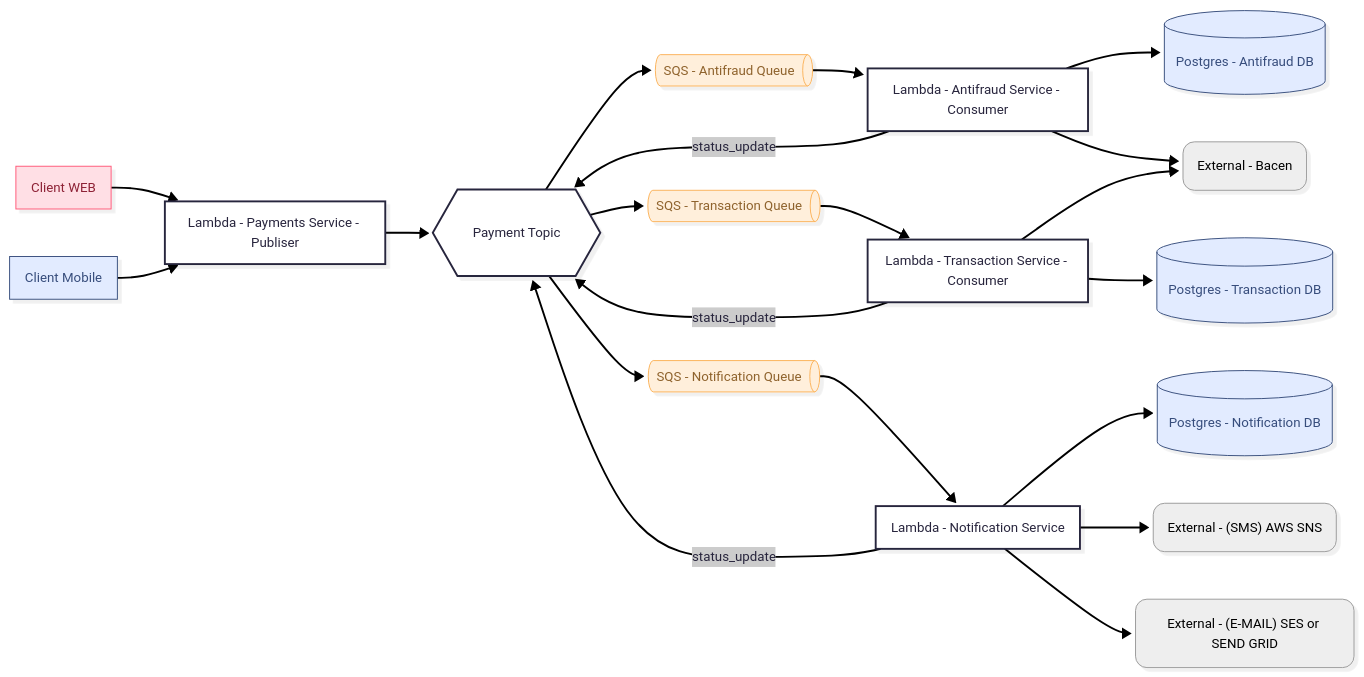
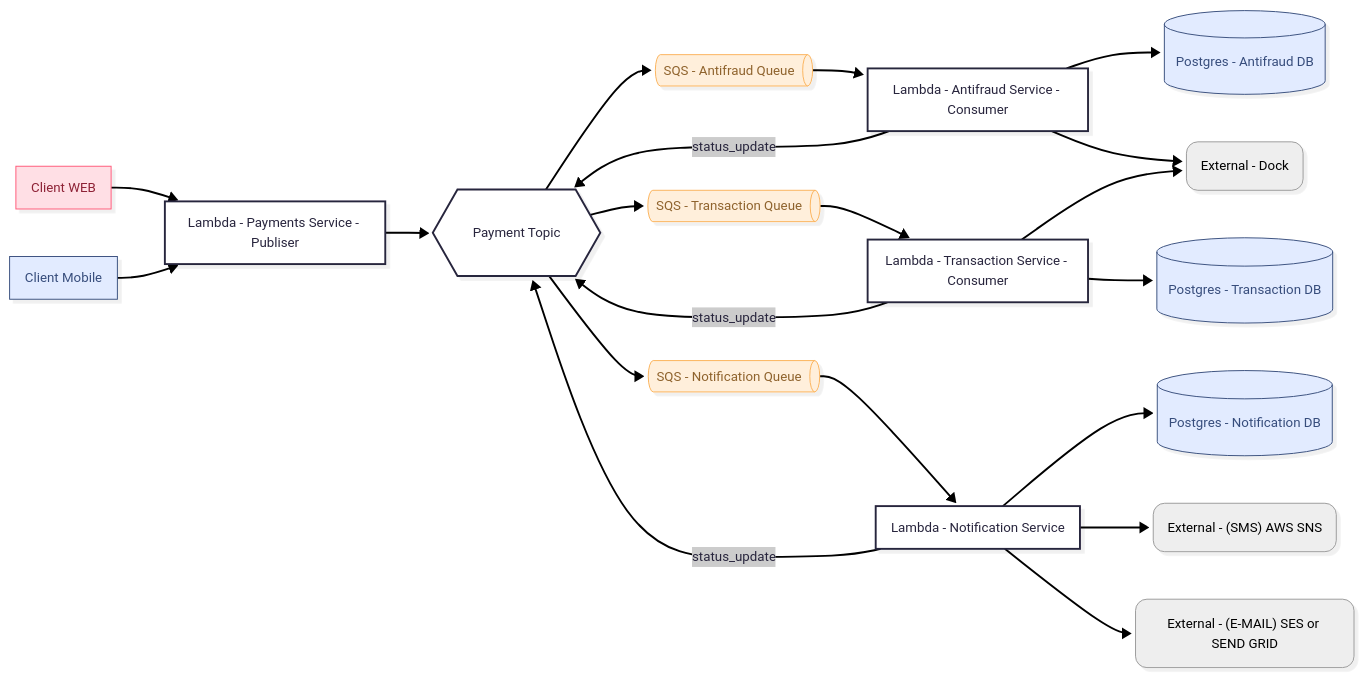
The third of 3 diagrams in README.md (dasilvaoscar/concurrency-simulator), drawn with Mermaid before and after one commit.

Commit message:
Update external service reference in README

````diff
--- a/README.md
+++ b/README.md
@@ -75,54 +75,54 @@
 ```mermaid
 ---
 config:
   theme: redux
   layout: dagre
   look: neo
 ---
 flowchart LR
     n1["Lambda - Payments Service - Publiser"] --> n3["Payment Topic"]
     n3 --> n4["SQS - Antifraud Queue"] & n6["SQS - Transaction Queue"] & n15["SQS - Notification Queue"]
     n4 --> n5["Lambda - Antifraud Service - Consumer"]
     n6 --> n7["Lambda - Transaction Service - Consumer"]
     n14["Client WEB"] --> n1
     n15 --> n16["Lambda - Notification Service"]
-    n5 --> n18["Postgres - Antifraud DB"] & n22["External - Bacen"]
+    n5 --> n18["Postgres - Antifraud DB"] & n22["External - Dock"]
     n5 -- status_update --> n3
     n7 --> n19["Postgres - Transaction DB"] & n22
     n7 -- status_update --> n3
     n16 --> n20["Postgres - Notification DB"] & n23["External - (SMS) AWS SNS"] & n24["External - (E-MAIL) SES or SEND GRID"]
     n16 -- status_update --> n3
     n21["Client Mobile"] --> n1
 
     n1@{ shape: rect}
     n3@{ shape: hex}
     n4@{ shape: h-cyl}
     n6@{ shape: h-cyl}
     n15@{ shape: h-cyl}
     n5@{ shape: rect}
     n7@{ shape: rect}
     n14@{ shape: rect}
     n16@{ shape: rect}
     n18@{ shape: cyl}
     n22@{ shape: rounded}
     n19@{ shape: cyl}
     n20@{ shape: cyl}
     n23@{ shape: rounded}
     n24@{ shape: rounded}
     n21@{ shape: rect}
      n4:::Peach
      n6:::Peach
      n15:::Peach
      n14:::Rose
      n18:::Sky
      n22:::Ash
      n19:::Sky
      n20:::Sky
      n23:::Ash
      n24:::Ash
      n21:::Sky
     classDef Rose stroke-width:1px, stroke-dasharray:none, stroke:#FF5978, fill:#FFDFE5, color:#8E2236
     classDef Peach stroke-width:1px, stroke-dasharray:none, stroke:#FBB35A, fill:#FFEFDB, color:#8F632D
     classDef Sky stroke-width:1px, stroke-dasharray:none, stroke:#374D7C, fill:#E2EBFF, color:#374D7C
     classDef Ash stroke-width:1px, stroke-dasharray:none, stroke:#999999, fill:#EEEEEE, color:#000000
 ```
````
